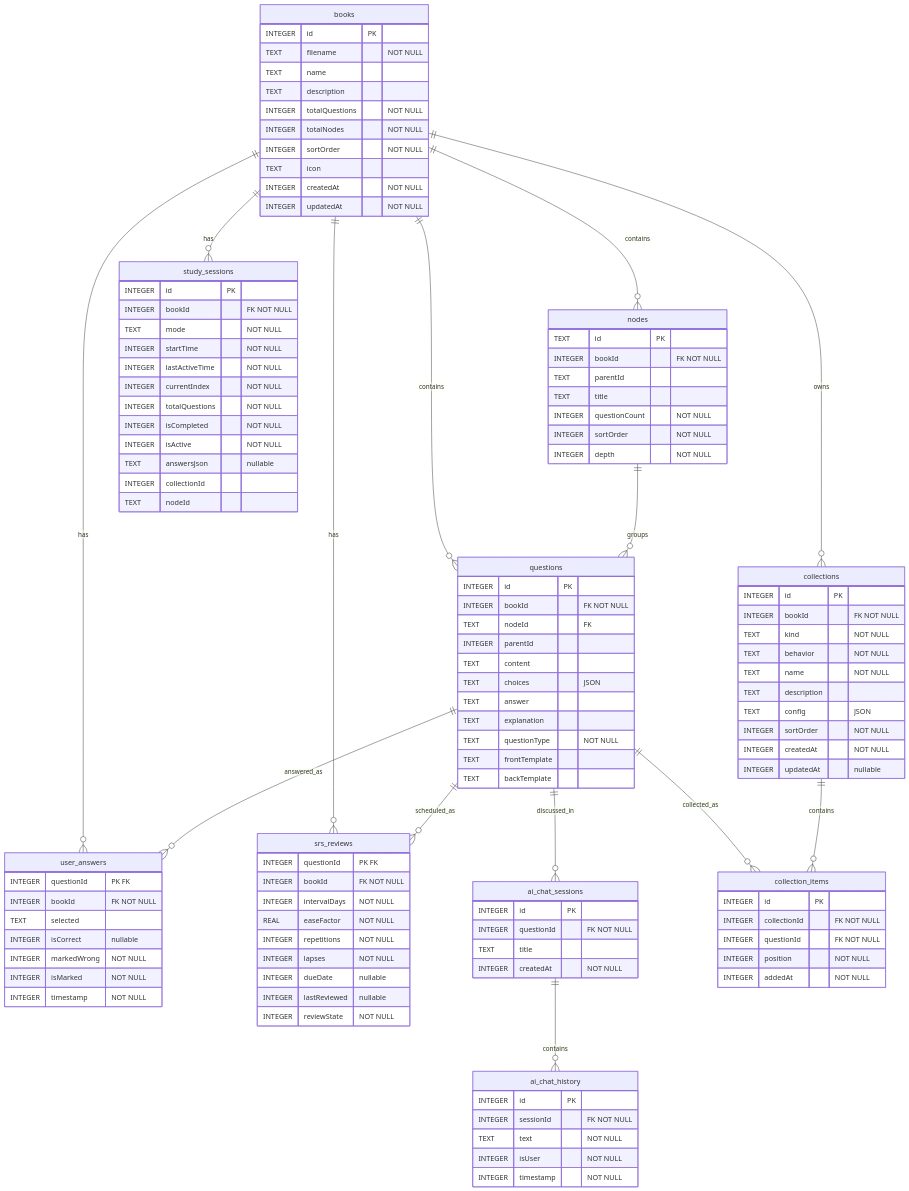
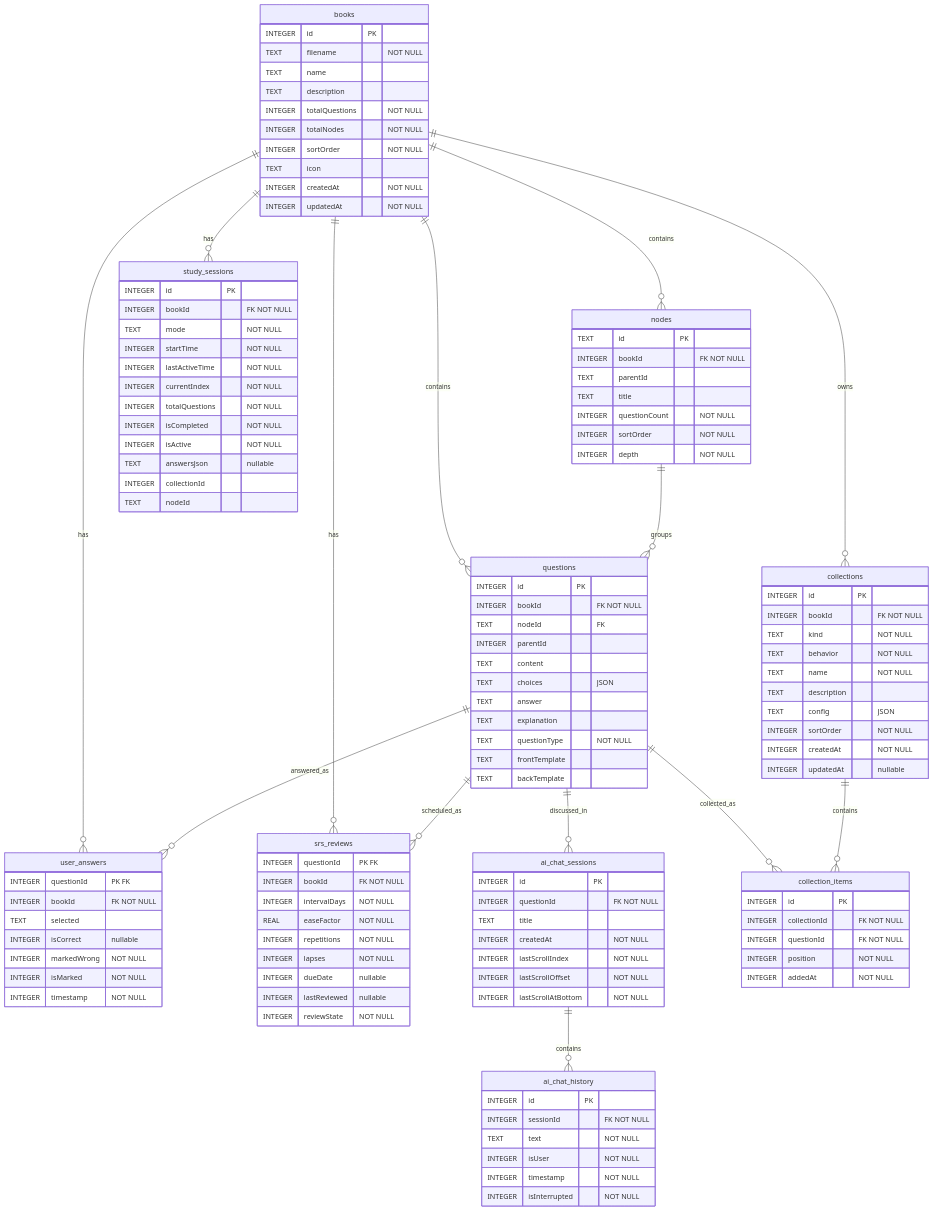
The first of 3 diagrams in docs/explanation/database-design.md (ming2k/mnemora), drawn with Mermaid before and after one commit. The commit also changed other lines of this file and 172 other files, not shown here.

```diff
--- a/docs/explanation/database-design.md
+++ b/docs/explanation/database-design.md
@@ -110,6 +110,9 @@
         INTEGER questionId "FK NOT NULL"
         TEXT title
         INTEGER createdAt "NOT NULL"
+        INTEGER lastScrollIndex "NOT NULL"
+        INTEGER lastScrollOffset "NOT NULL"
+        INTEGER lastScrollAtBottom "NOT NULL"
     }
 
     ai_chat_history {
@@ -118,6 +121,7 @@
         TEXT text "NOT NULL"
         INTEGER isUser "NOT NULL"
         INTEGER timestamp "NOT NULL"
+        INTEGER isInterrupted "NOT NULL"
     }
 
     collections {
```
